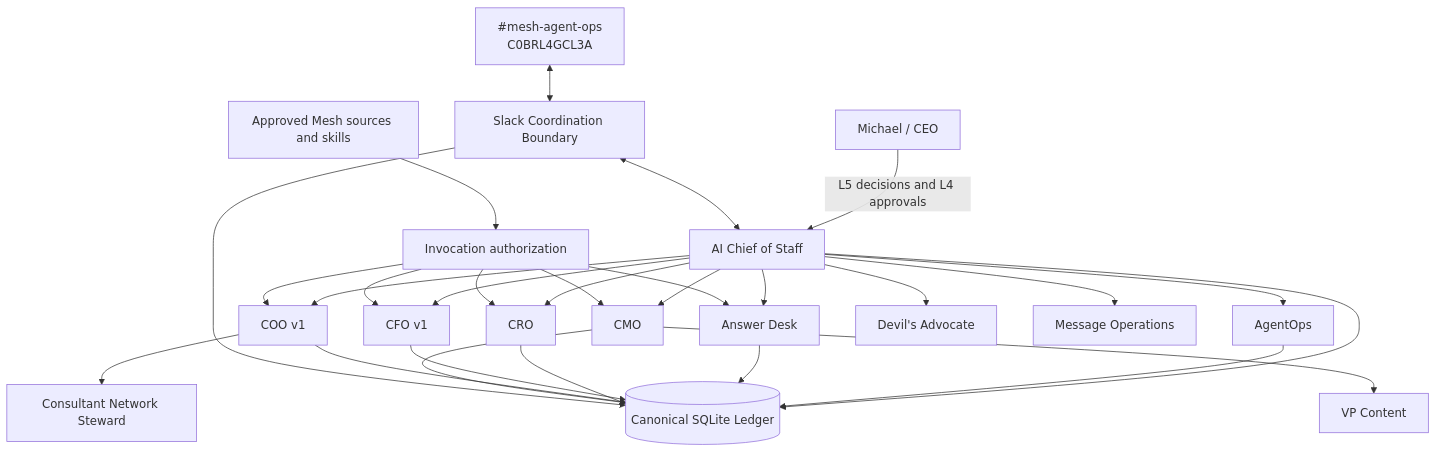
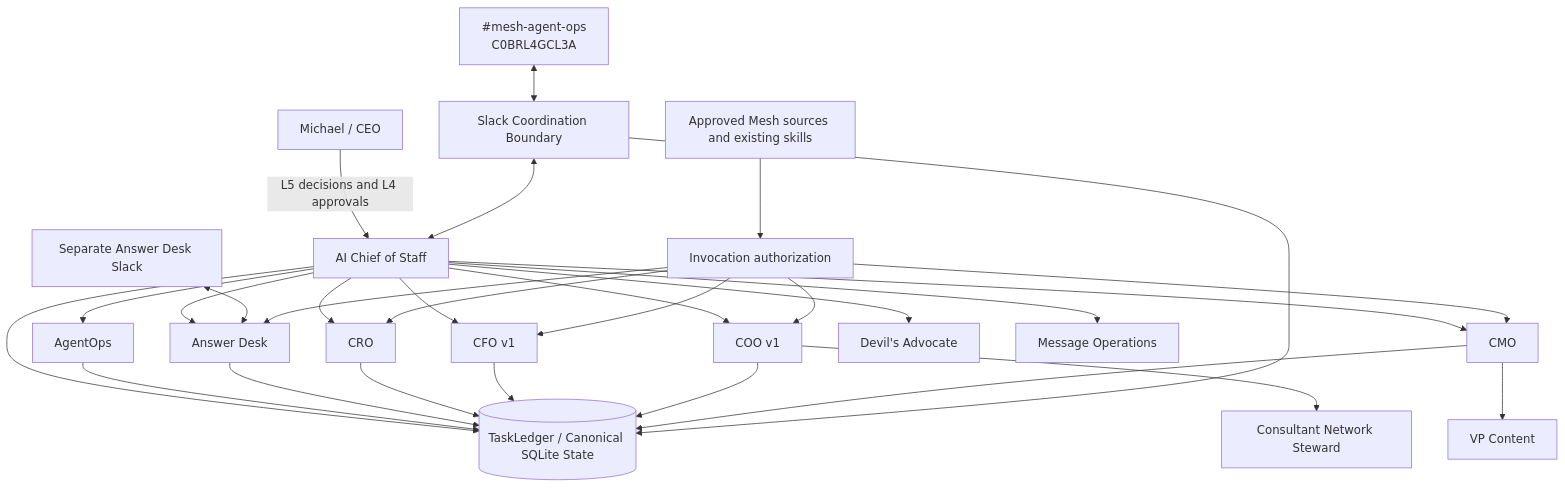
Before and after one commit to mkleinbe/mesh-ai-agent-cos-universe: the first of 2 diagrams in README.md, drawn with Mermaid. The commit also changed other lines of this file, not shown here.

````diff
--- a/README.md
+++ b/README.md
@@ -17,33 +19,35 @@
 ```mermaid
 flowchart TB
     CEO[Michael / CEO] -->|L5 decisions and L4 approvals| COS[AI Chief of Staff]
     COS --> AO[AgentOps]
     COS --> AD[Answer Desk]
     COS --> CRO[CRO]
     COS --> CFO[CFO v1]
     COS --> COO[COO v1]
     COS --> CMO[CMO]
     COS --> DA[Devil's Advocate]
     COS --> MO[Message Operations]
     COO --> CNS[Consultant Network Steward]
     CMO --> VPC[VP Content]
 
-    COS --> LEDGER[(Canonical SQLite Ledger)]
+    COS --> LEDGER[(TaskLedger / Canonical SQLite State)]
     AO --> LEDGER
     AD --> LEDGER
     CRO --> LEDGER
     CFO --> LEDGER
     COO --> LEDGER
     CMO --> LEDGER
 
     SLACK[#mesh-agent-ops\nC0BRL4GCL3A] <--> SC[Slack Coordination Boundary]
     SC <--> COS
     SC --> LEDGER
 
-    SRC[Approved Mesh sources and skills] --> AUTH[Invocation authorization]
+    ADS[Separate Answer Desk Slack] <--> AD
+
+    SRC[Approved Mesh sources and existing skills] --> AUTH[Invocation authorization]
     AUTH --> CRO
     AUTH --> CFO
     AUTH --> COO
     AUTH --> CMO
     AUTH --> AD
 ```
````
